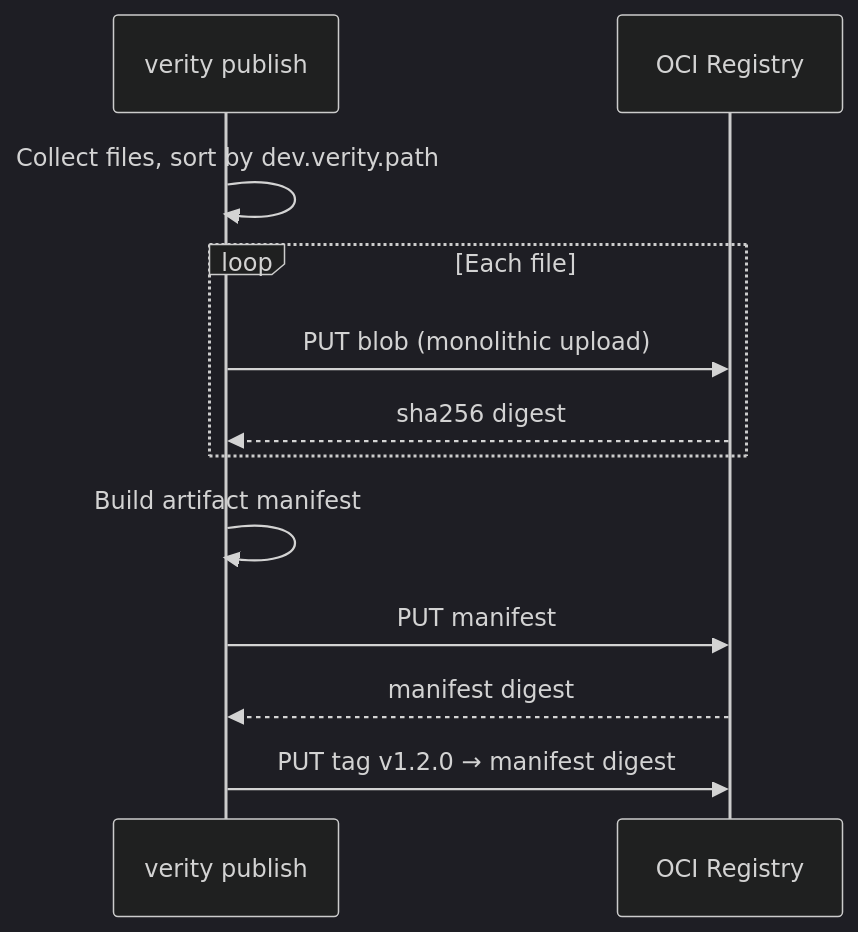
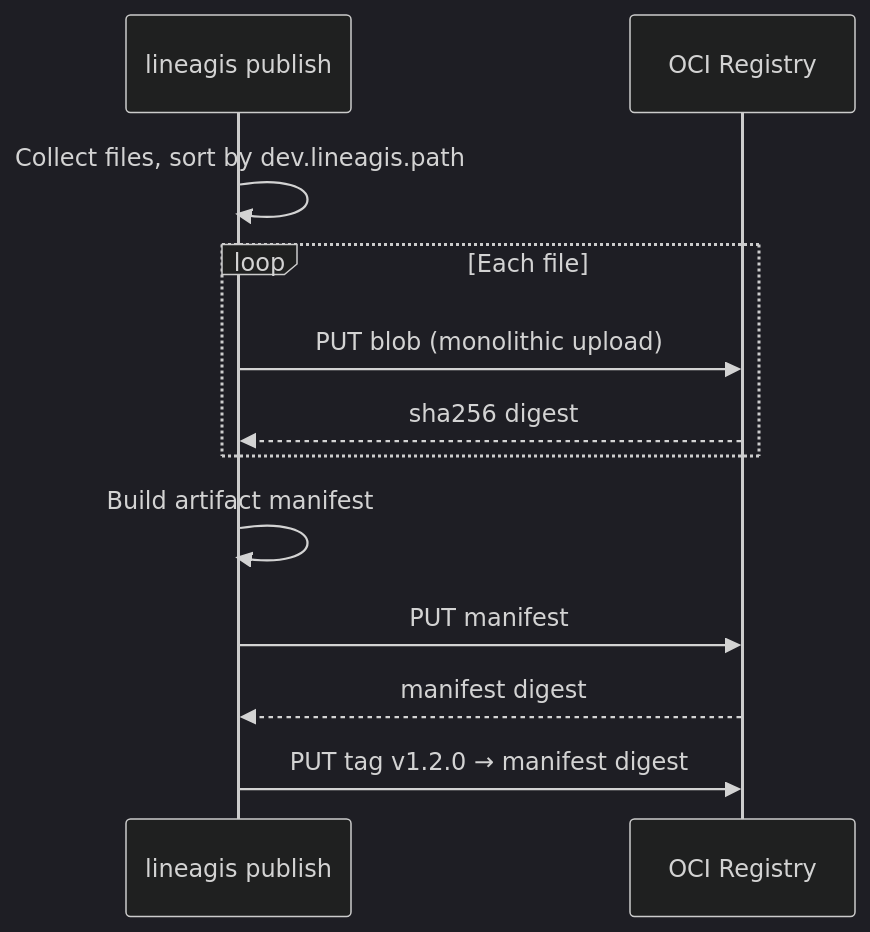
Before and after one commit to BrendenWalker/lineagis: the diagram in docs/adr/0001-artifact-manifest-layout.md, drawn with Mermaid (dark theme). The commit also changed other lines of this file and 135 other files, not shown here.

First line of the commit message:
Rename project from Verity to Lineagis. (#114)

````diff
--- a/docs/adr/0001-artifact-manifest-layout.md
+++ b/docs/adr/0001-artifact-manifest-layout.md
@@ -208,15 +208,15 @@
 ```mermaid
 sequenceDiagram
-  participant CLI as verity publish
+  participant CLI as lineagis publish
   participant Reg as OCI Registry
 
-  CLI->>CLI: Collect files, sort by dev.verity.path
+  CLI->>CLI: Collect files, sort by dev.lineagis.path
   loop Each file
     CLI->>Reg: PUT blob (monolithic upload)
     Reg-->>CLI: sha256 digest
   end
   CLI->>CLI: Build artifact manifest
   CLI->>Reg: PUT manifest
   Reg-->>CLI: manifest digest
   CLI->>Reg: PUT tag v1.2.0 → manifest digest
 ```
````
